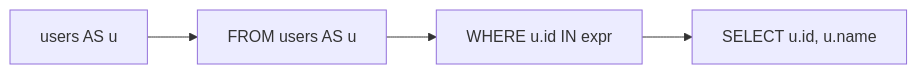
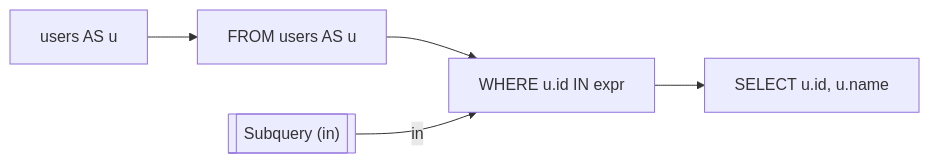
Before and after one commit to rot1024/sqloflow: the diagram in examples/subquery_in.mmd, drawn with Mermaid. The commit also changed 26 other files, not shown here.

```diff
--- a/examples/subquery_in.mmd
+++ b/examples/subquery_in.mmd
@@ -1,8 +1,10 @@
 flowchart LR
     node_0[users AS u]
     node_1[FROM users AS u]
     node_2["WHERE u.id IN expr"]
-    node_3["SELECT u.id, u.name"]
+    node_3[["Subquery (in)"]]
+    node_4["SELECT u.id, u.name"]
     node_0 --> node_1
     node_1 --> node_2
-    node_2 --> node_3
+    node_3 -->|in| node_2
+    node_2 --> node_4
```
